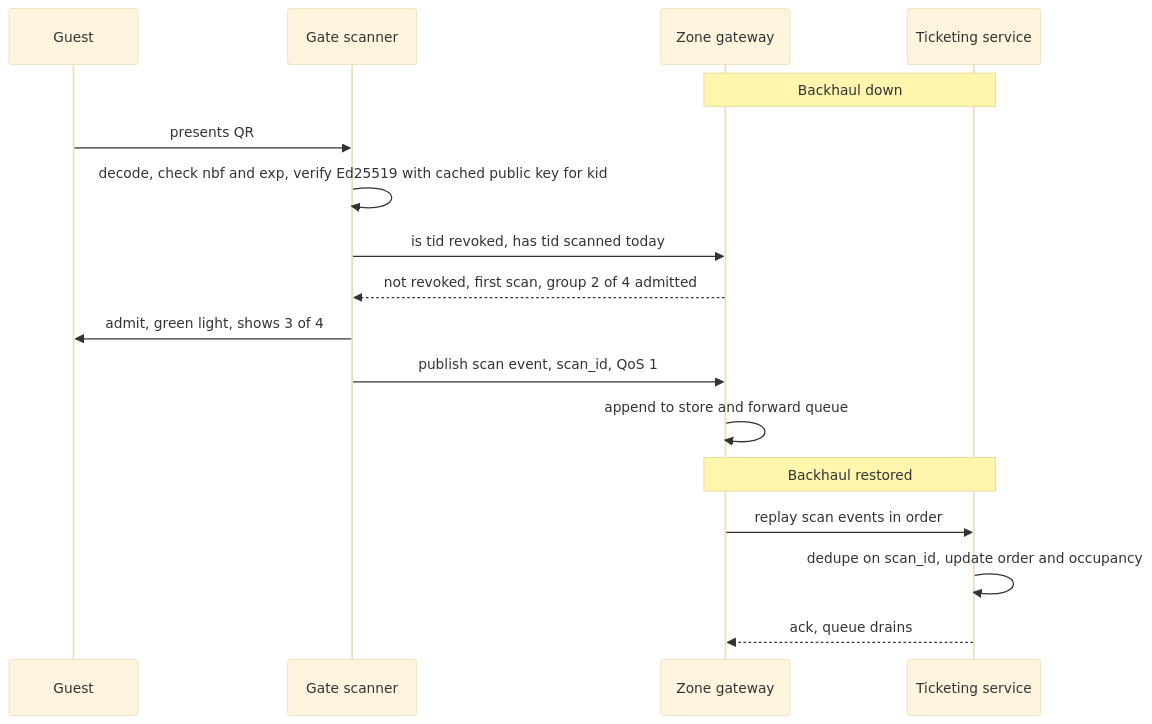
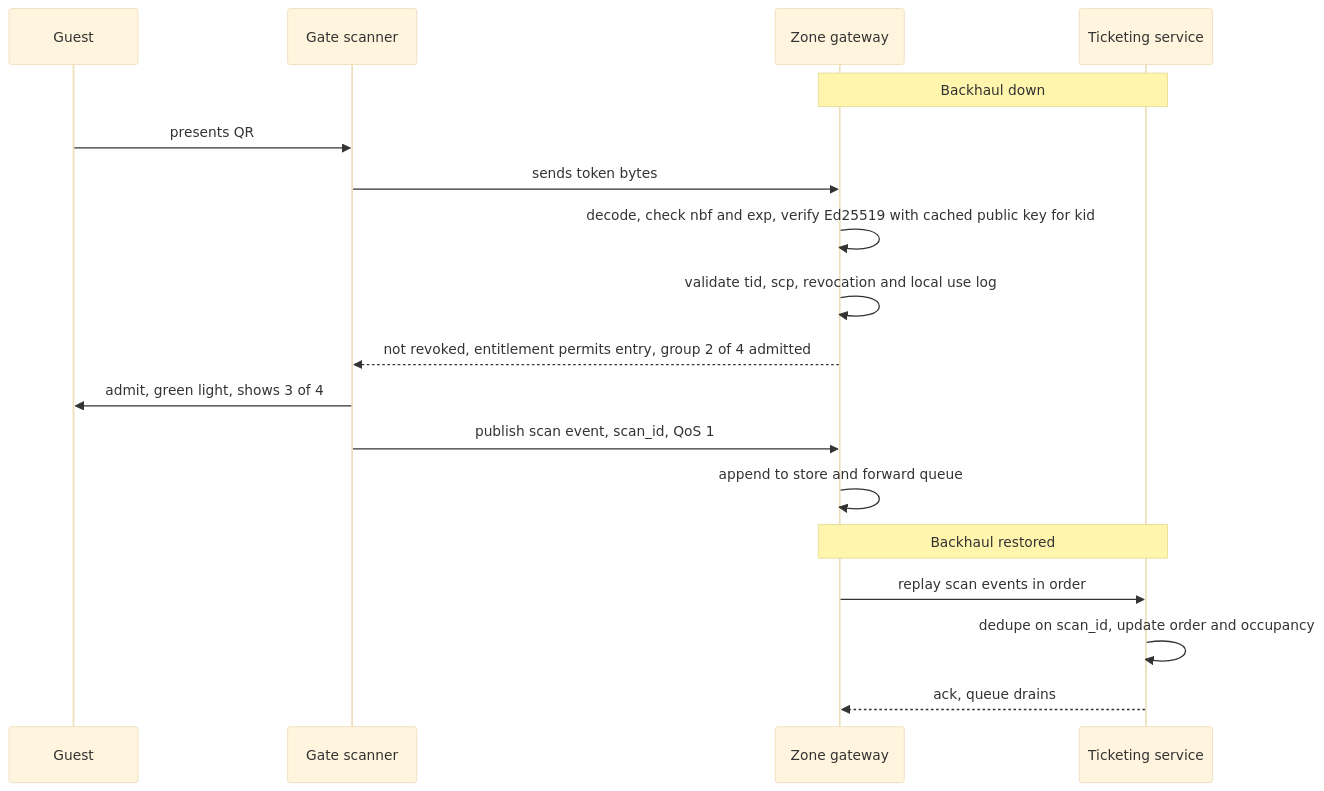
The diagram in docs/implementation/signed-ticket-format.md (works-on-my-whiteboard/ai-architectural-katas-2026), drawn with Mermaid (base theme) before and after one commit. The commit also changed other lines of this file and 54 other files, not shown here.

````diff
--- a/docs/implementation/signed-ticket-format.md
+++ b/docs/implementation/signed-ticket-format.md
@@ -54,20 +68,21 @@
 ```mermaid
 sequenceDiagram
   participant Guest
   participant Scanner as Gate scanner
   participant GW as Zone gateway
   participant Cloud as Ticketing service
 
   Note over GW,Cloud: Backhaul down
   Guest->>Scanner: presents QR
-  Scanner->>Scanner: decode, check nbf and exp, verify Ed25519 with cached public key for kid
-  Scanner->>GW: is tid revoked, has tid scanned today
-  GW-->>Scanner: not revoked, first scan, group 2 of 4 admitted
+  Scanner->>GW: sends token bytes
+  GW->>GW: decode, check nbf and exp, verify Ed25519 with cached public key for kid
+  GW->>GW: validate tid, scp, revocation and local use log
+  GW-->>Scanner: not revoked, entitlement permits entry, group 2 of 4 admitted
   Scanner->>Guest: admit, green light, shows 3 of 4
   Scanner->>GW: publish scan event, scan_id, QoS 1
   GW->>GW: append to store and forward queue
   Note over GW,Cloud: Backhaul restored
   GW->>Cloud: replay scan events in order
   Cloud->>Cloud: dedupe on scan_id, update order and occupancy
   Cloud-->>GW: ack, queue drains
 ```
````
